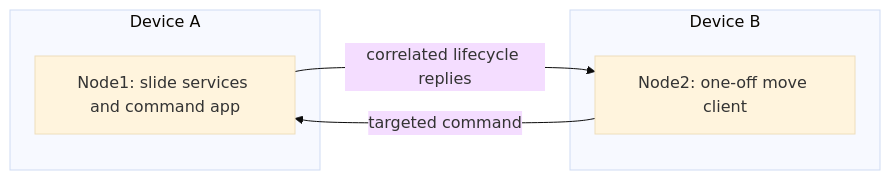
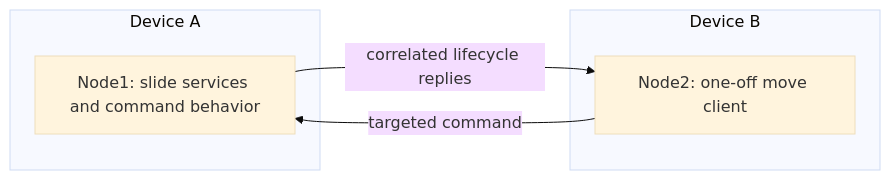
Before and after one commit to ROSMicroPy/RobotPrimitivesStack: the diagram in docs/content/deployment.md, drawn with Mermaid (base theme). The commit also changed other lines of this file and 569 other files, not shown here.

````diff
--- a/docs/content/deployment.md
+++ b/docs/content/deployment.md
@@ -31,11 +26,11 @@
 ```mermaid
 flowchart LR
     subgraph A[Device A]
-        N1[Node1: slide services and command app]
+        N1[Node1: slide services and command behavior]
     end
     subgraph B[Device B]
         N2[Node2: one-off move client]
     end
     N2 -->|targeted command| N1
     N1 -->|correlated lifecycle replies| N2
 ```
````
